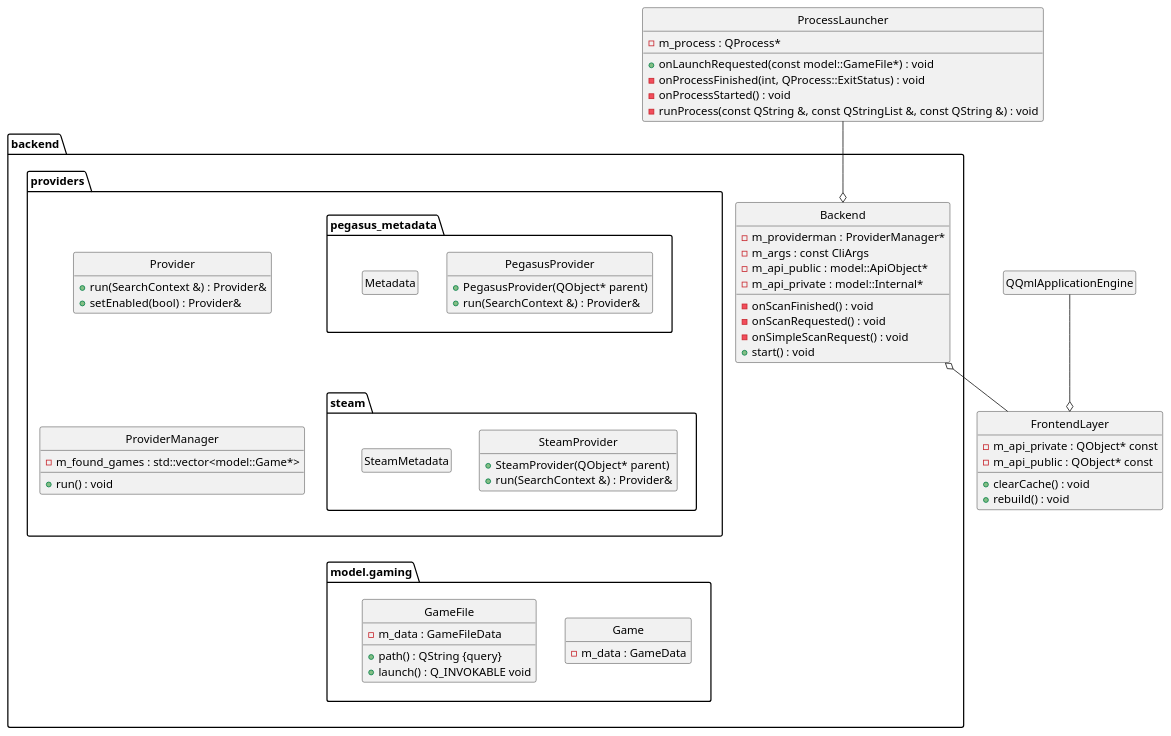
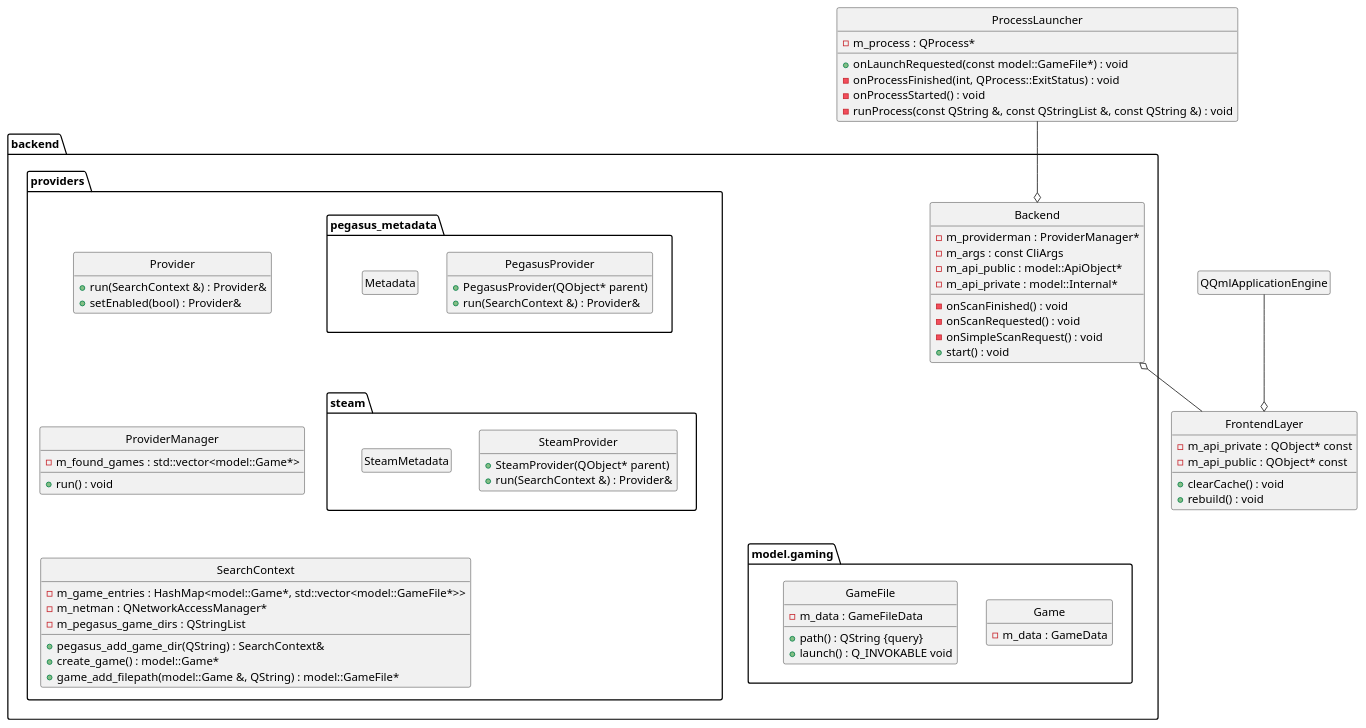
Before and after one commit to PFE033-ConjureOS/ConjureOS-ConjureSoftwareArcade: the diagram in diagram/peagasus-fe.puml, drawn with PlantUML. The commit also changed 8 other files, not shown here.

Commit message:
wip diagramme rapprot final

```diff
--- a/diagram/peagasus-fe.puml
+++ b/diagram/peagasus-fe.puml
@@ -1,101 +1,112 @@
 @startuml
 
 hide circle
 hide empty method
 hide empty member
 allow_mixing
 
 class FrontendLayer {
 	-m_api_private : QObject* const
 	-m_api_public : QObject* const
 	+clearCache() : void
 	+rebuild() : void
 }
 
 class QQmlApplicationEngine
 
 
 class ProcessLauncher {
 	-m_process : QProcess*
 	+onLaunchRequested(const model::GameFile*) : void
 	-onProcessFinished(int, QProcess::ExitStatus) : void
 	-onProcessStarted() : void
 	-runProcess(const QString &, const QStringList &, const QString &) : void
 }
 
 
 namespace backend {
 
 	class Backend {
 		-m_providerman : ProviderManager*
 		-m_args : const CliArgs
 		-m_api_public : model::ApiObject*
 		-m_api_private : model::Internal*
 		-onScanFinished() : void
 		-onScanRequested() : void
 		-onSimpleScanRequest() : void
 		+start() : void
 	}
 
 	namespace providers{
 
 	    class ProviderManager {
         	-m_found_games : std::vector<model::Game*>
         	+run() : void
         }
 
 	    class pegasus_metadata.PegasusProvider {
             +PegasusProvider(QObject* parent)
             +run(SearchContext &) : Provider&
         }
         class pegasus_metadata.Metadata
 
         class steam.SteamProvider {
         	+SteamProvider(QObject* parent)
         	+run(SearchContext &) : Provider&
         }
         class steam.SteamMetadata
 
         class Provider {
         		+run(SearchContext &) : Provider&
         		+setEnabled(bool) : Provider&
         }
+        class SearchContext {
+
+            -m_game_entries : HashMap<model::Game*, std::vector<model::GameFile*>>
+            -m_netman : QNetworkAccessManager*
+            -m_pegasus_game_dirs : QStringList
+            +pegasus_add_game_dir(QString) : SearchContext&
+            +create_game() : model::Game*
+            +game_add_filepath(model::Game &, QString) : model::GameFile*
+        }
 	}
 	namespace "model.gaming" as modelGaming{
 	    class Game{
 	        -m_data : GameData
 	    }
 	    class GameFile {
         		-m_data : GameFileData
         		+path() : QString {query}
         		+launch() : Q_INVOKABLE void
         }
 	}
 
 }
 
 
 
 'namespace frontend {
 '    artifact "main.qml" as MainQml
 '    artifact "MenuLayer.qml" as MenuLayer
 '    artifact "theme.qml"  as theme
 '}
 
 pegasus_metadata -[hidden]- steam
 
 steam -[hidden]- modelGaming
 
 Provider -[hidden]- ProviderManager
 
+ProviderManager -[hidden]- SearchContext
+
 
 backend.Backend o-- .FrontendLayer
 
 backend.Backend o-up- .ProcessLauncher
 
 QQmlApplicationEngine --o .FrontendLayer
 
 
 
 
 @enduml
```
